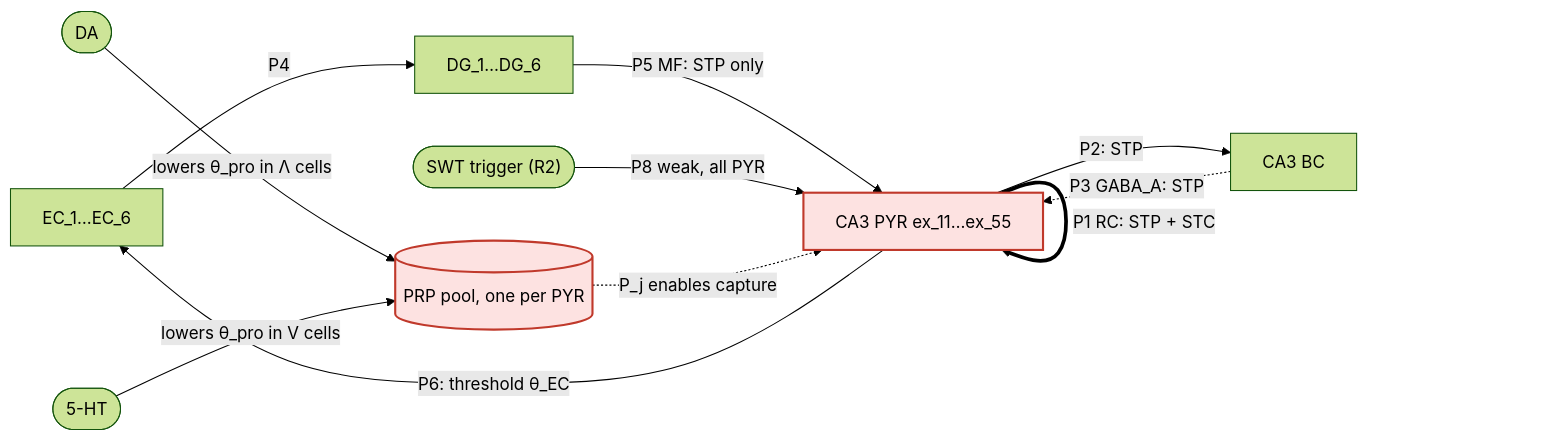
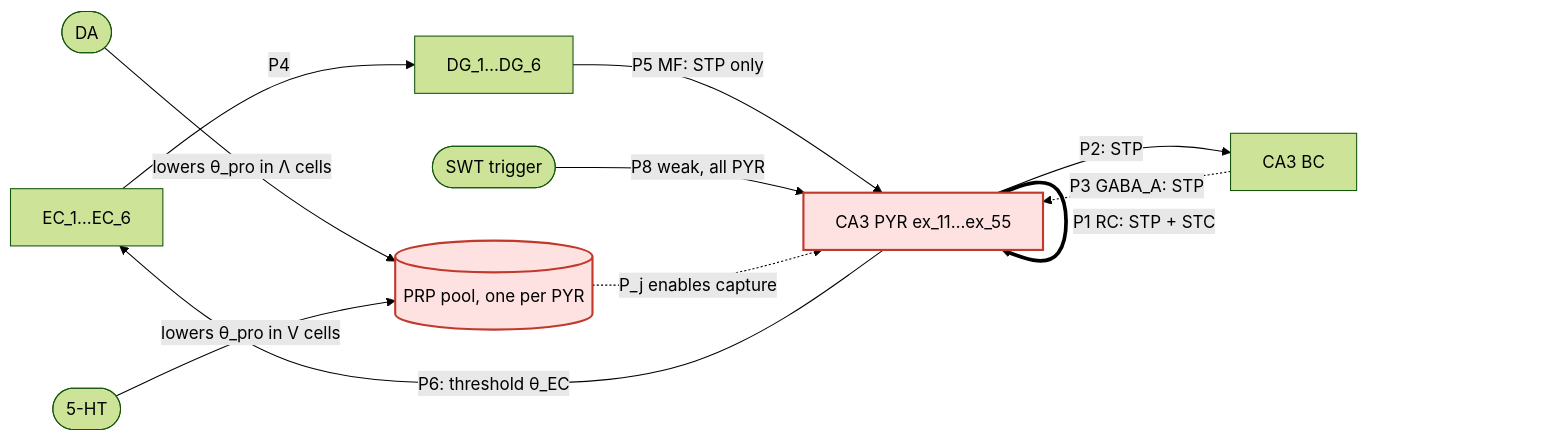
The second of 7 diagrams in docs/implementation_plan.md (max-talanov/tinyCA3), drawn with Mermaid (forest theme) before and after one commit. The commit also changed other lines of this file, not shown here.

````diff
--- a/docs/implementation_plan.md
+++ b/docs/implementation_plan.md
@@ -175,15 +177,15 @@
 ```mermaid
 flowchart LR
     EC["EC_1…EC_6"] -->|"P4"| DG["DG_1…DG_6"]
     DG -->|"P5 MF: STP only"| PYR["CA3 PYR ex_11…ex_55"]
     PYR ==>|"P1 RC: STP + STC"| PYR
     PYR -->|"P2: STP"| BC["CA3 BC"]
     BC -.->|"P3 GABA_A: STP"| PYR
     PYR -->|"P6: threshold θ_EC"| EC
-    SWT(["SWT trigger (R2)"]) -->|"P8 weak, all PYR"| PYR
+    SWT(["SWT trigger"]) -->|"P8 weak, all PYR"| PYR
     POOL[("PRP pool, one per PYR")] -.->|"P_j enables capture"| PYR
     DA(["DA"]) -->|"lowers θ_pro in Λ cells"| POOL
     HT(["5-HT"]) -->|"lowers θ_pro in V cells"| POOL
-    classDef stc fill:#fde2e1,stroke:#c0392b,stroke-width:2px;
+    classDef stc fill:#fde2e1,stroke:#c0392b,stroke-width:2px,color:#000000;
     class PYR,POOL stc;
 ```
````
